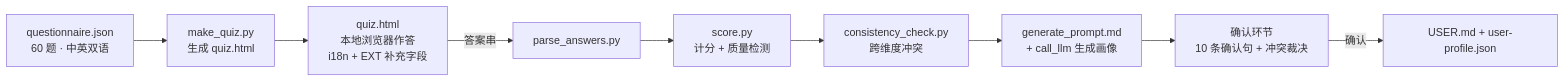
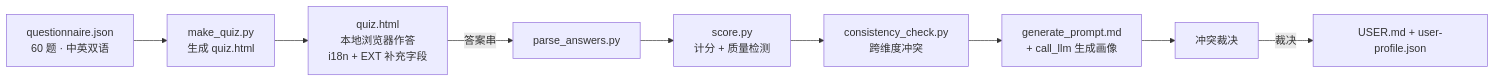
Before and after one commit to VanDING/User.md: the diagram in README.zh-CN.md, drawn with Mermaid. The commit also changed other lines of this file and 1 other file, not shown here.

````diff
--- a/README.zh-CN.md
+++ b/README.zh-CN.md
@@ -15,11 +15,11 @@
 ```mermaid
 graph LR
     Q[questionnaire.json<br/>60 题 · 中英双语] --> G[make_quiz.py<br/>生成 quiz.html]
     G --> H[quiz.html<br/>本地浏览器作答<br/>i18n + EXT 补充字段]
     H -->|答案串| P[parse_answers.py]
     P --> S[score.py<br/>计分 + 质量检测]
     S --> C[consistency_check.py<br/>跨维度冲突]
     C --> L[generate_prompt.md<br/>+ call_llm 生成画像]
-    L --> U[确认环节<br/>10 条确认句 + 冲突裁决]
-    U -->|确认| W[USER.md + user-profile.json]
+    L --> U[冲突裁决]
+    U -->|裁决| W[USER.md + user-profile.json]
 ```
````
